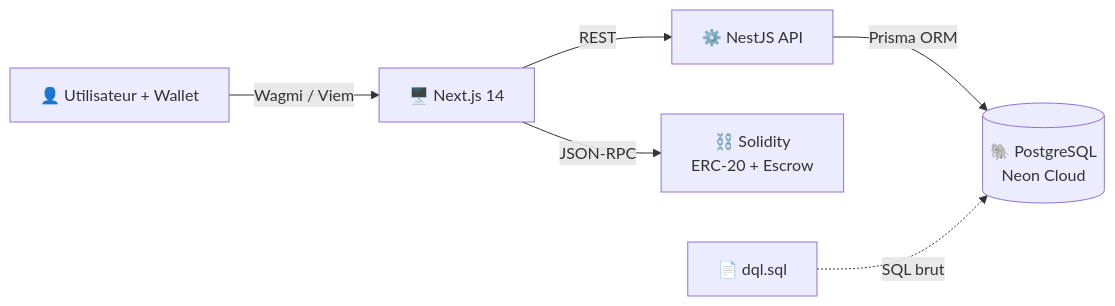
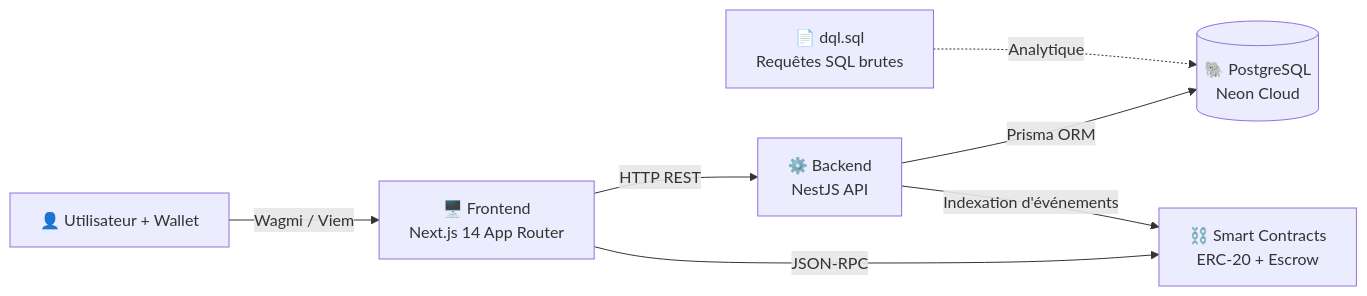
The first of 3 diagrams in README.md (fz-hazem/EQUA), drawn with Mermaid before and after one commit. The commit also changed other lines of this file, not shown here.

````diff
--- a/README.md
+++ b/README.md
@@ -44,8 +59,9 @@
 ```mermaid
 flowchart LR
-    U[👤 Utilisateur + Wallet] -->|Wagmi / Viem| FE[🖥️ Next.js 14]
-    FE -->|REST| BE[⚙️ NestJS API]
-    FE -->|JSON-RPC| SC[⛓️ Solidity<br/>ERC-20 + Escrow]
+    U[👤 Utilisateur + Wallet] -->|Wagmi / Viem| FE[🖥️ Frontend<br/>Next.js 14 App Router]
+    FE -->|HTTP REST| BE[⚙️ Backend<br/>NestJS API]
+    FE -->|JSON-RPC| SC[⛓️ Smart Contracts<br/>ERC-20 + Escrow]
     BE -->|Prisma ORM| DB[(🐘 PostgreSQL<br/>Neon Cloud)]
-    DQL[📄 dql.sql] -.->|SQL brut| DB
+    BE -->|Indexation d'événements| SC
+    DQL[📄 dql.sql<br/>Requêtes SQL brutes] -.->|Analytique| DB
 ```
````
